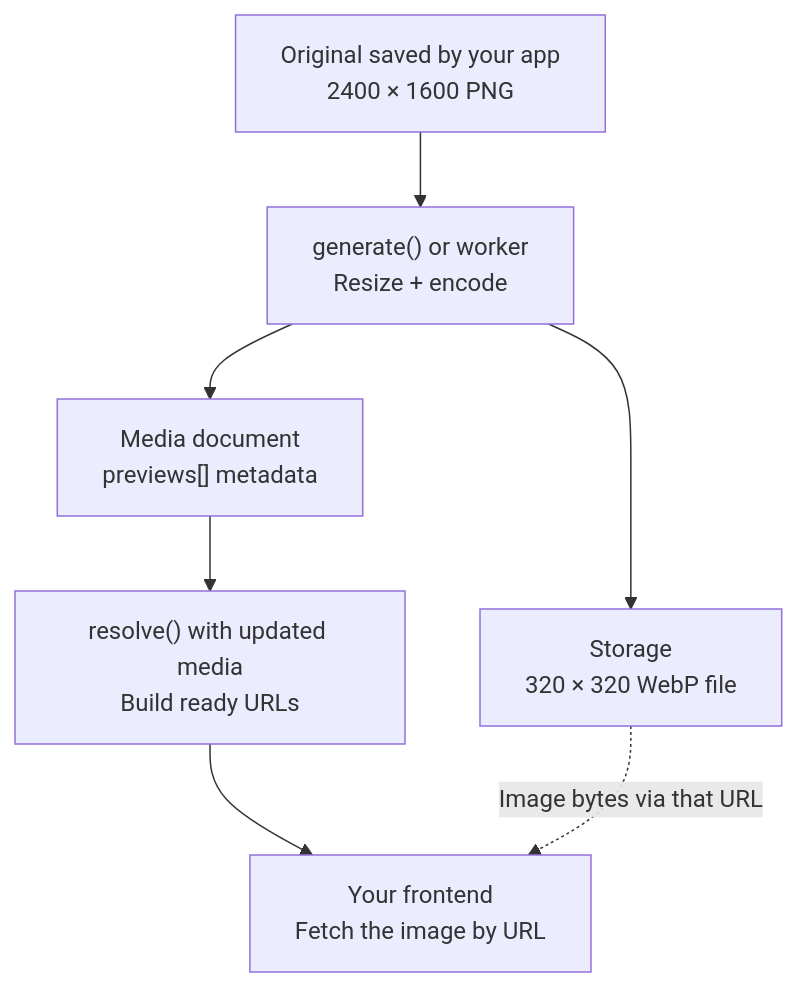
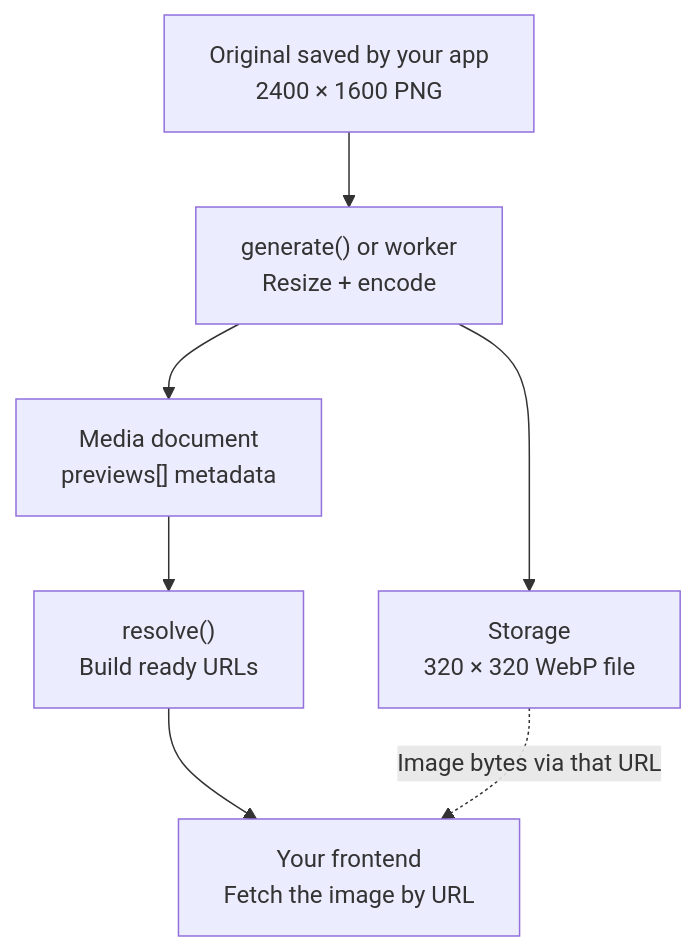
Before and after one commit to adaptivestone/framework-documentation: the first of 2 diagrams in docs/12-resize.md, drawn with Mermaid. The commit also changed other lines of this file, not shown here.

````diff
--- a/docs/12-resize.md
+++ b/docs/12-resize.md
@@ -15,11 +13,11 @@
 ```mermaid
 flowchart TB
   accTitle: From an uploaded original to a displayable preview
   accDescr: The host saves the original and media document. Generation uploads a preview file and appends its metadata. A read of the updated media produces a URL that the frontend uses to download the preview.
   Original["Original saved by your app<br/>2400 × 1600 PNG"] --> Generate["generate() or worker<br/>Resize + encode"]
   Generate --> File["Storage<br/>320 × 320 WebP file"]
   Generate --> Metadata["Media document<br/>previews[] metadata"]
-  Metadata --> Read["resolve() with updated media<br/>Build ready URLs"]
+  Metadata --> Read["resolve()<br/>Build ready URLs"]
   Read --> Frontend["Your frontend<br/>Fetch the image by URL"]
   File -. "Image bytes via that URL" .-> Frontend
 ```
````
